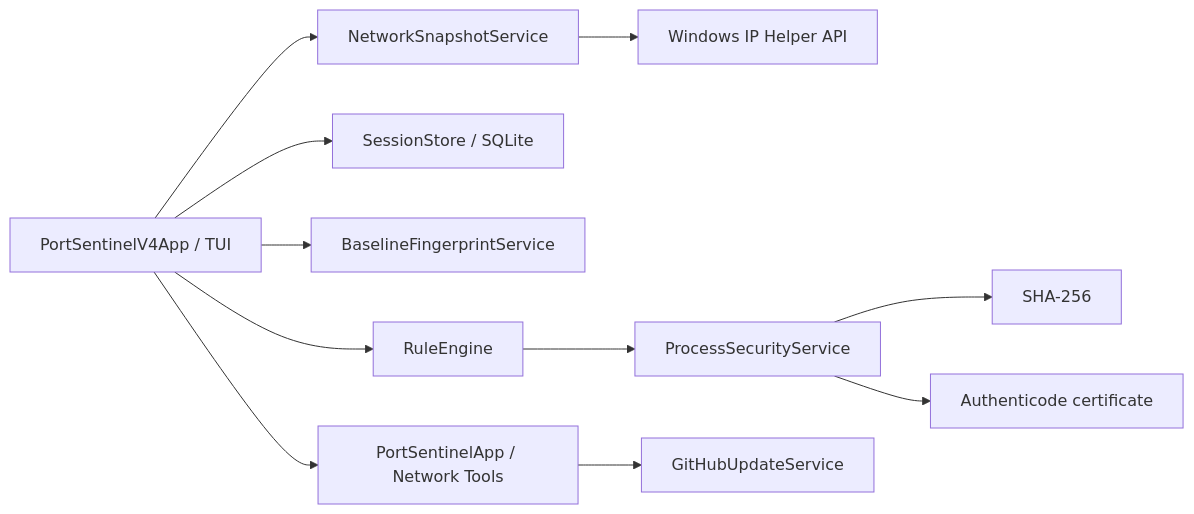
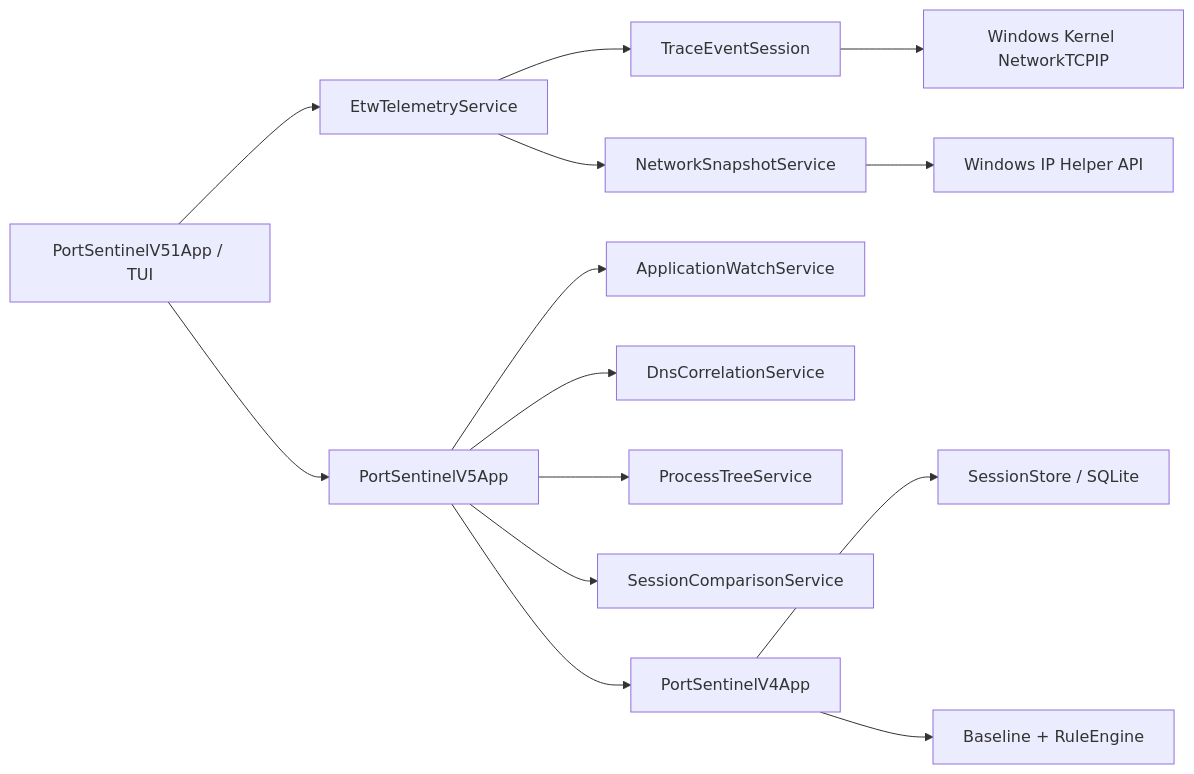
One commit to Onmaynec/PortSentinel changed the diagram in docs/ARCHITECTURE.md. Above: the diagram before and after it, drawn with Mermaid. The commit also changed other lines of this file, not shown here.

Commit message:
docs: document v0.5.1 ETW architecture

````diff
--- a/docs/ARCHITECTURE.md
+++ b/docs/ARCHITECTURE.md
@@ -5,13 +5,16 @@
 ```mermaid
 flowchart LR
-    UI[PortSentinelV4App / TUI] --> SNAP[NetworkSnapshotService]
-    SNAP --> API[Windows IP Helper API]
-    UI --> STORE[SessionStore / SQLite]
-    UI --> BASE[BaselineFingerprintService]
-    UI --> RULES[RuleEngine]
-    RULES --> ENRICH[ProcessSecurityService]
-    ENRICH --> HASH[SHA-256]
-    ENRICH --> SIGN[Authenticode certificate]
-    UI --> LEGACY[PortSentinelApp / Network Tools]
-    LEGACY --> UPDATE[GitHubUpdateService]
+    UI[PortSentinelV51App / TUI] --> ETW[EtwTelemetryService]
+    ETW --> TRACE[TraceEventSession]
+    TRACE --> KERNEL[Windows Kernel NetworkTCPIP]
+    ETW --> FALLBACK[NetworkSnapshotService]
+    FALLBACK --> IPH[Windows IP Helper API]
+    UI --> V5[PortSentinelV5App]
+    V5 --> WATCH[ApplicationWatchService]
+    V5 --> DNS[DnsCorrelationService]
+    V5 --> TREE[ProcessTreeService]
+    V5 --> DIFF[SessionComparisonService]
+    V5 --> V4[PortSentinelV4App]
+    V4 --> STORE[SessionStore / SQLite]
+    V4 --> RULES[Baseline + RuleEngine]
 ```
````
